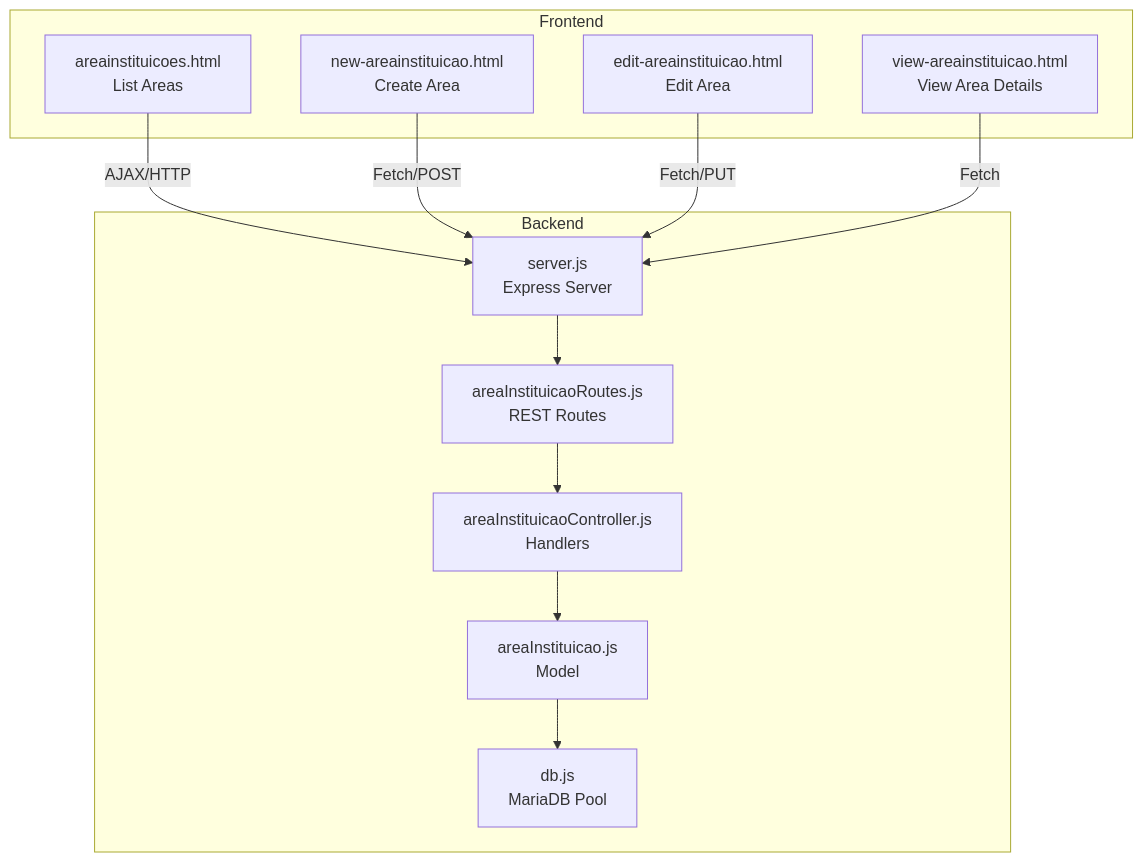
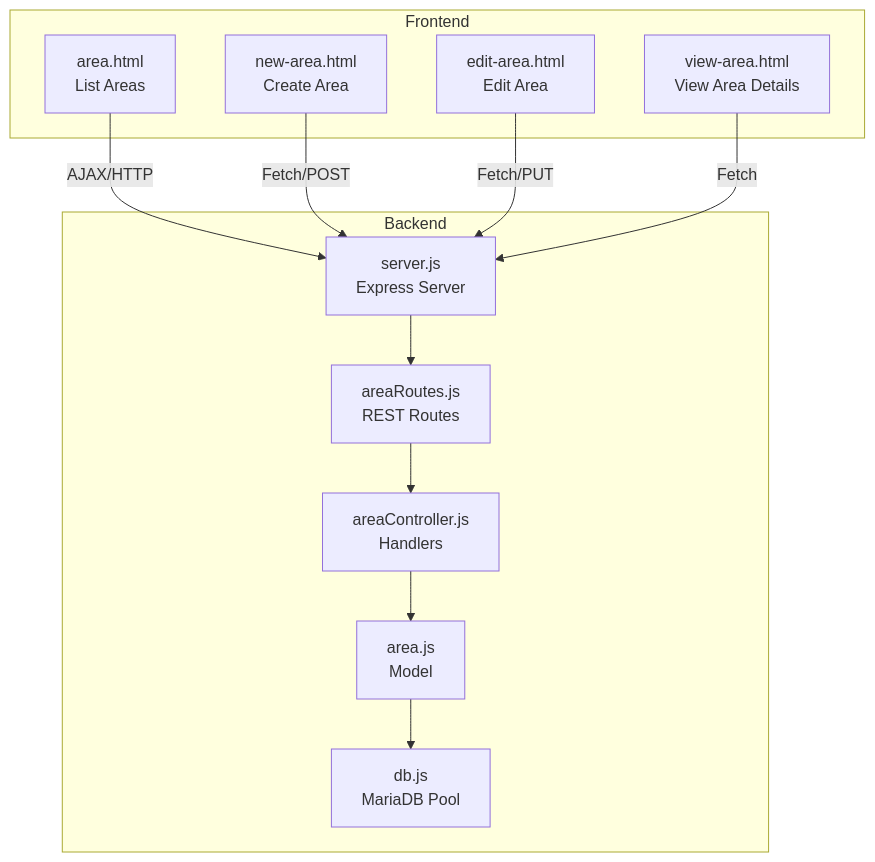
One commit to luiseduacosta/nodemural changed the first of 6 diagrams in .qoder/repowiki/en/content/Core Features Implementation/Institutional Management.md. Above: the diagram before and after it, drawn with Mermaid. The commit also changed other lines of this file and 25 other files, not shown here.

````diff
--- a/.qoder/repowiki/en/content/Core Features Implementation/Institutional Management.md
+++ b/.qoder/repowiki/en/content/Core Features Implementation/Institutional Management.md
@@ -43,24 +43,24 @@
 ```mermaid
 graph TB
 subgraph "Frontend"
-A["areainstituicoes.html<br/>List Areas"]
-B["new-areainstituicao.html<br/>Create Area"]
-C["edit-areainstituicao.html<br/>Edit Area"]
-D["view-areainstituicao.html<br/>View Area Details"]
+A["area.html<br/>List Areas"]
+B["new-area.html<br/>Create Area"]
+C["edit-area.html<br/>Edit Area"]
+D["view-area.html<br/>View Area Details"]
 end
 subgraph "Backend"
 S["server.js<br/>Express Server"]
-R["areaInstituicaoRoutes.js<br/>REST Routes"]
-Ctl["areaInstituicaoController.js<br/>Handlers"]
-M["areaInstituicao.js<br/>Model"]
+R["areaRoutes.js<br/>REST Routes"]
+Ctl["areaController.js<br/>Handlers"]
+M["area.js<br/>Model"]
 DB["db.js<br/>MariaDB Pool"]
 end
 A --> |AJAX/HTTP| S
 B --> |Fetch/POST| S
 C --> |Fetch/PUT| S
 D --> |Fetch| S
 S --> R
 R --> Ctl
 Ctl --> M
 M --> DB
 ```
````
